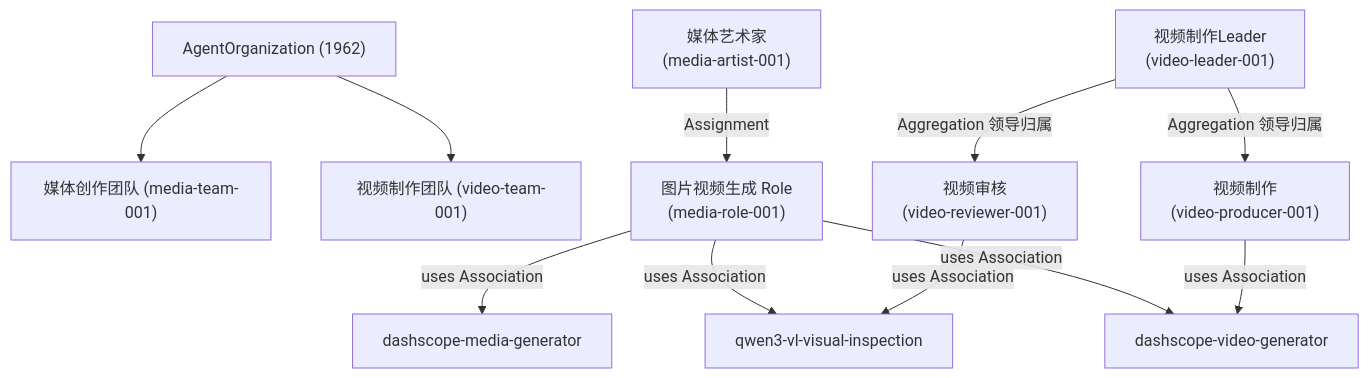
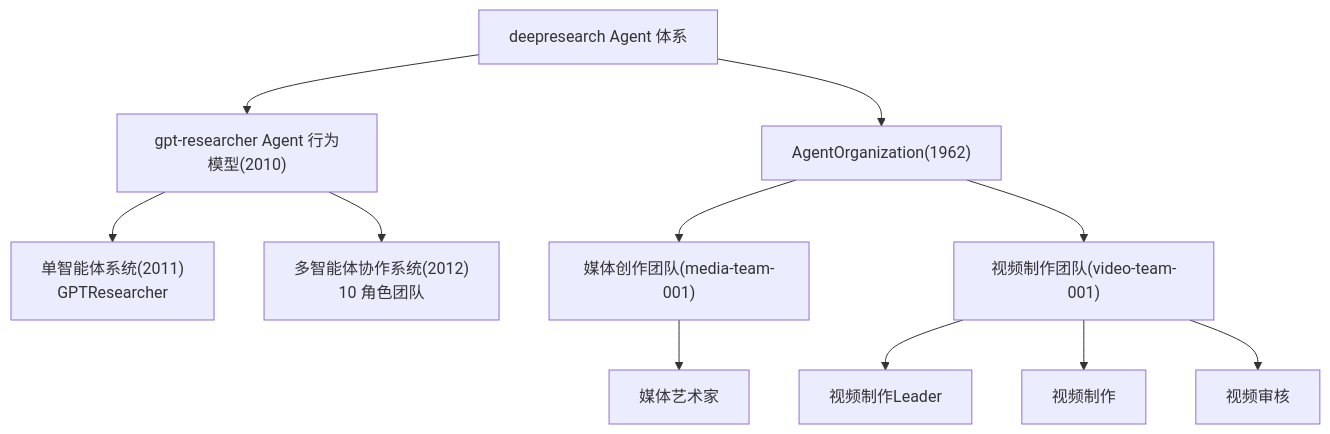
Before and after one commit to derekhu0002/deepresearch: the diagram in docs/diagrams/actor-explainer/00-ACTOR梳理与协作关系.md, drawn with Mermaid. The commit also changed other lines of this file and 58 other files, not shown here.

````diff
--- a/docs/diagrams/actor-explainer/00-ACTOR梳理与协作关系.md
+++ b/docs/diagrams/actor-explainer/00-ACTOR梳理与协作关系.md
@@ -49,15 +11,14 @@
 ```mermaid
 graph TD
-    AO["AgentOrganization (1962)"] --> MT["媒体创作团队 (media-team-001)"]
-    AO --> VT["视频制作团队 (video-team-001)"]
-
-    MA["媒体艺术家<br/>(media-artist-001)"] -->|Assignment| ROLE["图片视频生成 Role<br/>(media-role-001)"]
-    ROLE -->|uses Association| SK1["dashscope-media-generator"]
-    ROLE -->|uses Association| SK2["qwen3-vl-visual-inspection"]
-    ROLE -->|uses Association| SK3["dashscope-video-generator"]
-
-    L["视频制作Leader<br/>(video-leader-001)"] -->|Aggregation 领导归属| P["视频制作<br/>(video-producer-001)"]
-    L -->|Aggregation 领导归属| R["视频审核<br/>(video-reviewer-001)"]
-    P -->|uses Association| SK3
-    R -->|uses Association| SK2
+    DR["deepresearch Agent 体系"]
+    DR --> R["gpt-researcher Agent 行为模型(2010)"]
+    R --> SA["单智能体系统(2011)<br/>GPTResearcher"]
+    R --> MA["多智能体协作系统(2012)<br/>10 角色团队"]
+    DR --> P["AgentOrganization(1962)"]
+    P --> MT["媒体创作团队(media-team-001)"]
+    P --> VT["视频制作团队(video-team-001)"]
+    MT --> A1["媒体艺术家"]
+    VT --> A2["视频制作Leader"]
+    VT --> A3["视频制作"]
+    VT --> A4["视频审核"]
 ```
````
